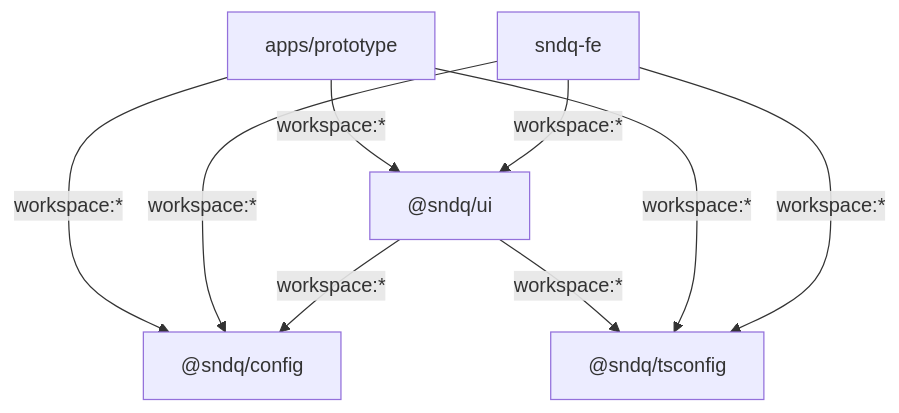
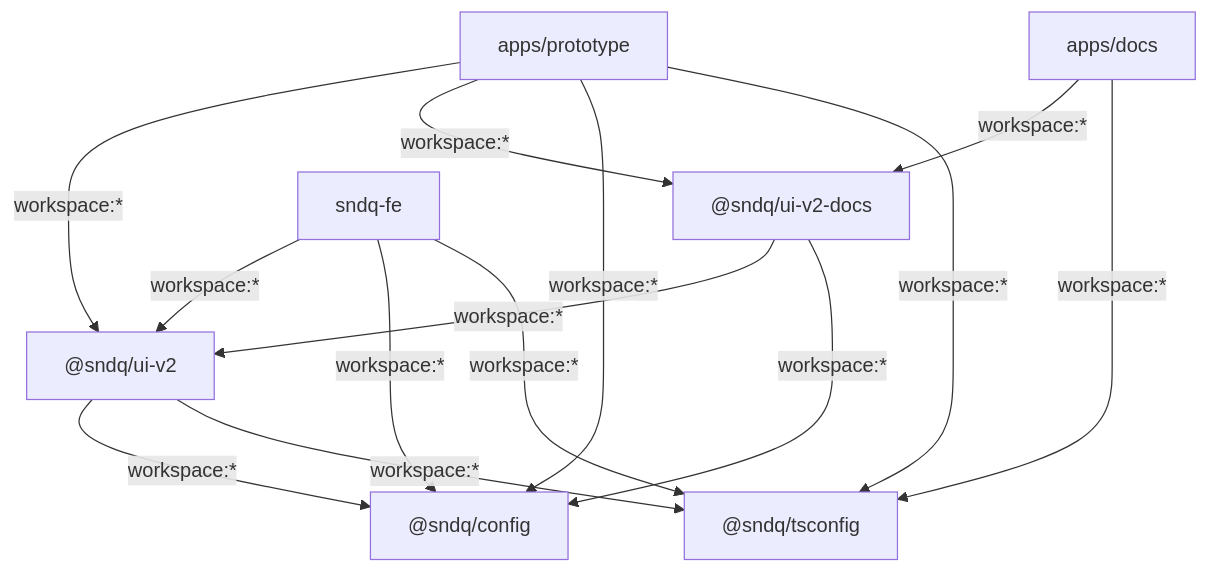
One commit to duy-ndhk51/research changed the first of 2 diagrams in 12-sndq/frontend/restructure/monorepo-ui-design-system/README.md. Above: the diagram before and after it, drawn with Mermaid. The commit also changed other lines of this file and 8 other files, not shown here.

````diff
--- a/12-sndq/frontend/restructure/monorepo-ui-design-system/README.md
+++ b/12-sndq/frontend/restructure/monorepo-ui-design-system/README.md
@@ -608,17 +649,24 @@
 ```mermaid
 graph TD
     tsconfig["@sndq/tsconfig"]
     config["@sndq/config"]
-    ui["@sndq/ui"]
+    uiv2["@sndq/ui-v2"]
+    docs_pkg["@sndq/ui-v2-docs"]
     web["sndq-fe"]
     prototype["apps/prototype"]
+    docs_app["apps/docs"]
 
-    ui -->|"workspace:*"| config
-    web -->|"workspace:*"| ui
+    uiv2 -->|"workspace:*"| config
+    docs_pkg -->|"workspace:*"| uiv2
+    docs_pkg -->|"workspace:*"| config
+    web -->|"workspace:*"| uiv2
     web -->|"workspace:*"| config
     web -->|"workspace:*"| tsconfig
-    prototype -->|"workspace:*"| ui
+    prototype -->|"workspace:*"| uiv2
+    prototype -->|"workspace:*"| docs_pkg
     prototype -->|"workspace:*"| config
     prototype -->|"workspace:*"| tsconfig
-    ui -->|"workspace:*"| tsconfig
+    docs_app -->|"workspace:*"| docs_pkg
+    docs_app -->|"workspace:*"| tsconfig
+    uiv2 -->|"workspace:*"| tsconfig
 ```
````
